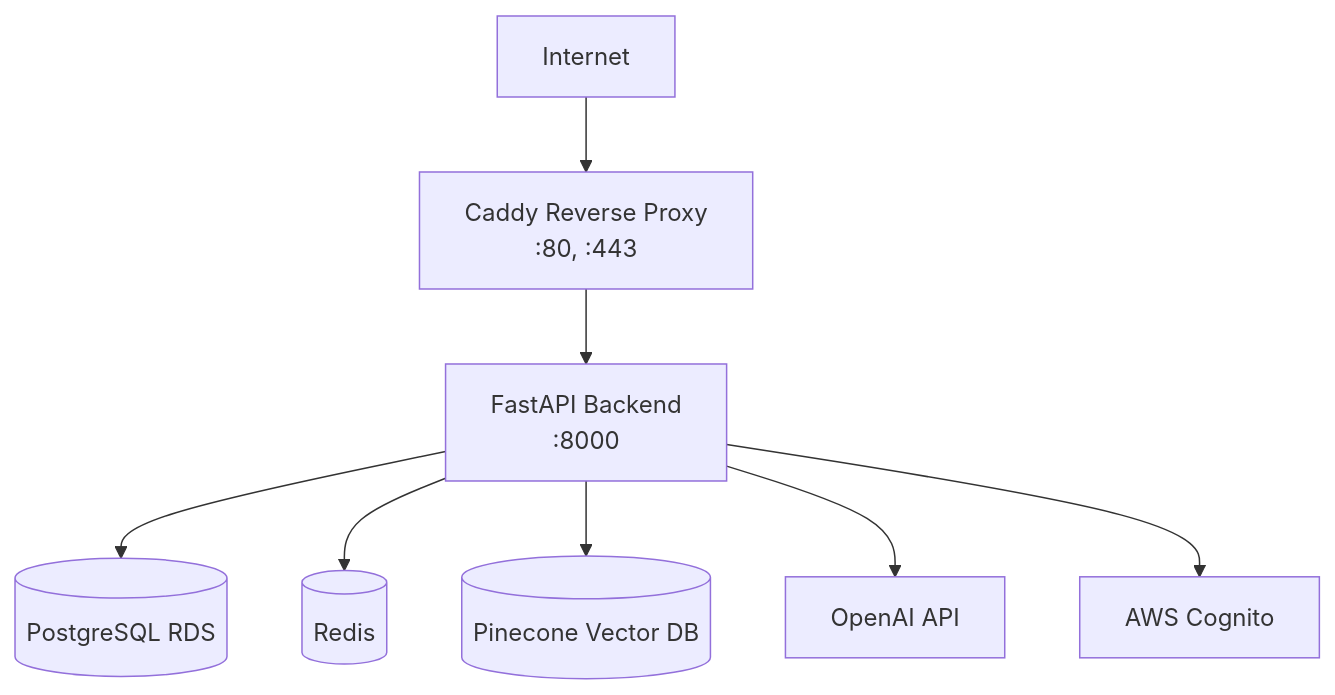
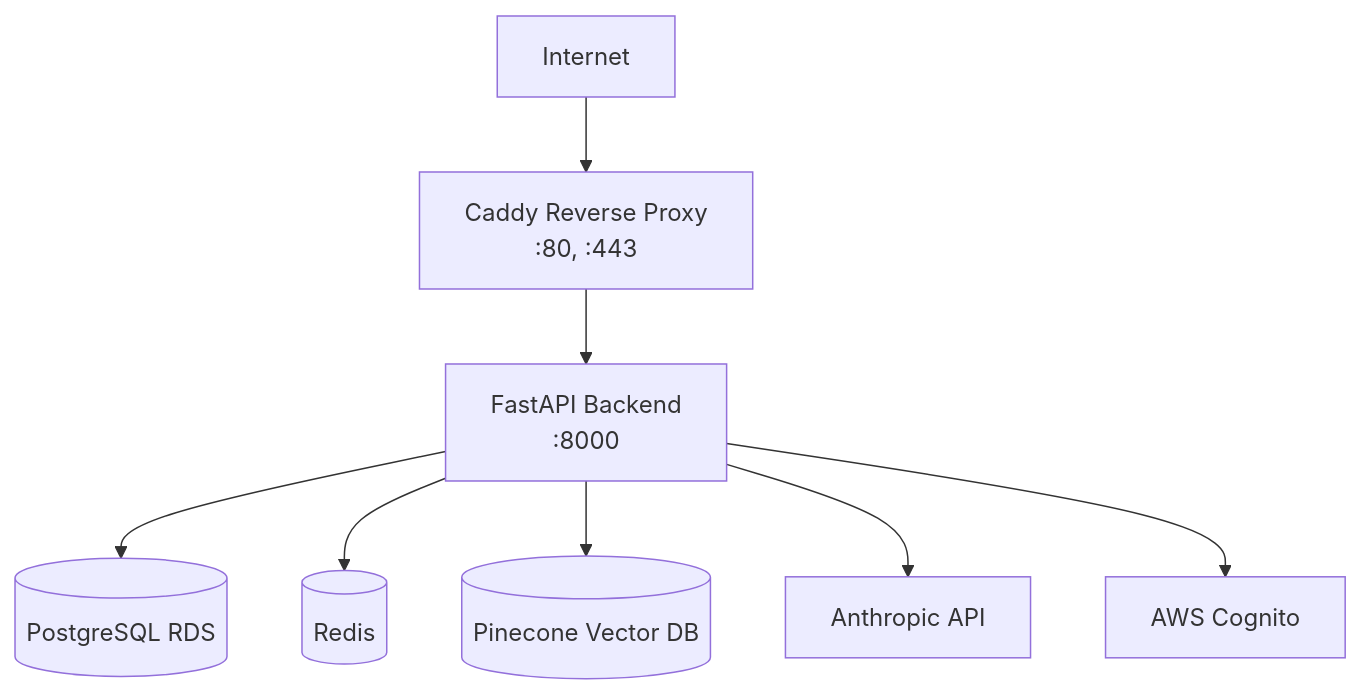
One commit to alekzanderx1/deen-backend changed the diagram in documentation/DEPLOYMENT.md. Above: the diagram before and after it, drawn with Mermaid. The commit also changed other lines of this file and 1 other file, not shown here.

First line of the commit message:
docs(12-01): update DEPLOYMENT.md and CHATBOT.md — replace all OpenAI provider references

````diff
--- a/documentation/DEPLOYMENT.md
+++ b/documentation/DEPLOYMENT.md
@@ -19,10 +19,10 @@
 ```mermaid
 graph TB
     Internet[Internet] --> Caddy[Caddy Reverse Proxy<br/>:80, :443]
     Caddy --> Backend[FastAPI Backend<br/>:8000]
     Backend --> PostgreSQL[(PostgreSQL RDS)]
     Backend --> Redis[(Redis)]
     Backend --> Pinecone[(Pinecone Vector DB)]
-    Backend --> OpenAI[OpenAI API]
+    Backend --> Anthropic[Anthropic API]
     Backend --> Cognito[AWS Cognito]
 ```
````
